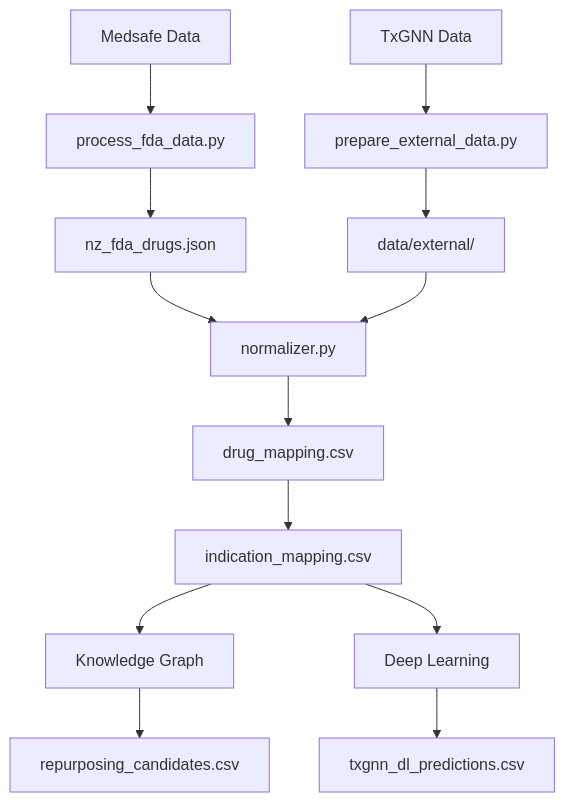
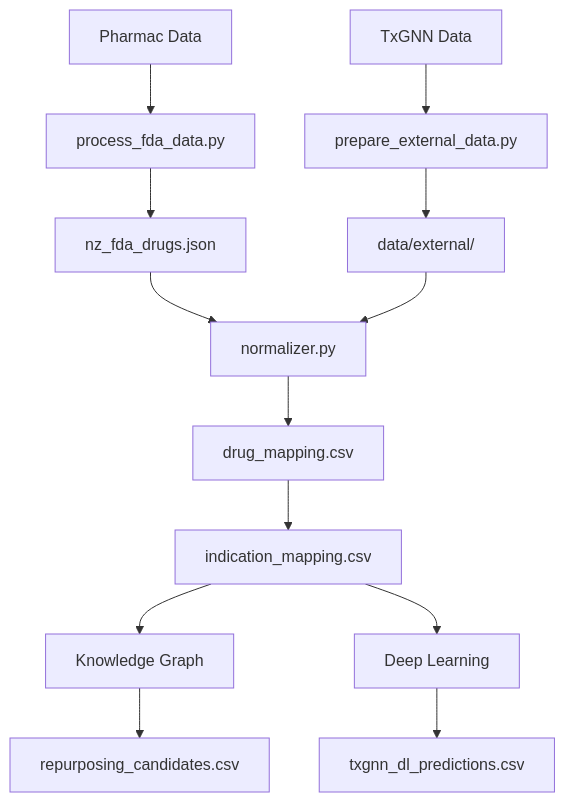
Before and after one commit to yao-care/NZTxGNN: the second of 2 diagrams in README.md, drawn with Mermaid. The commit also changed other lines of this file and 3 other files, not shown here.

First line of the commit message:
其餘資料來源描述改寫實際資料集：Medsafe → Pharmac 給付清單

````diff
--- a/README.md
+++ b/README.md
@@ -303,20 +303,20 @@
 ```mermaid
 flowchart TD
-    FDA["Medsafe Data"] --> proc["process_fda_data.py"]
+    FDA["Pharmac Data"] --> proc["process_fda_data.py"]
     TxGNN["TxGNN Data"] --> prep["prepare_external_data.py"]
 
     proc --> json["nz_fda_drugs.json"]
     prep --> ext["data/external/"]
 
     json --> norm["normalizer.py"]
     ext --> norm
 
     norm --> drug_map["drug_mapping.csv"]
     drug_map --> ind_map["indication_mapping.csv"]
 
     ind_map --> KG["Knowledge Graph"]
     ind_map --> DL["Deep Learning"]
 
     KG --> kg_out["repurposing_candidates.csv"]
     DL --> dl_out["txgnn_dl_predictions.csv"]
 ```
````
